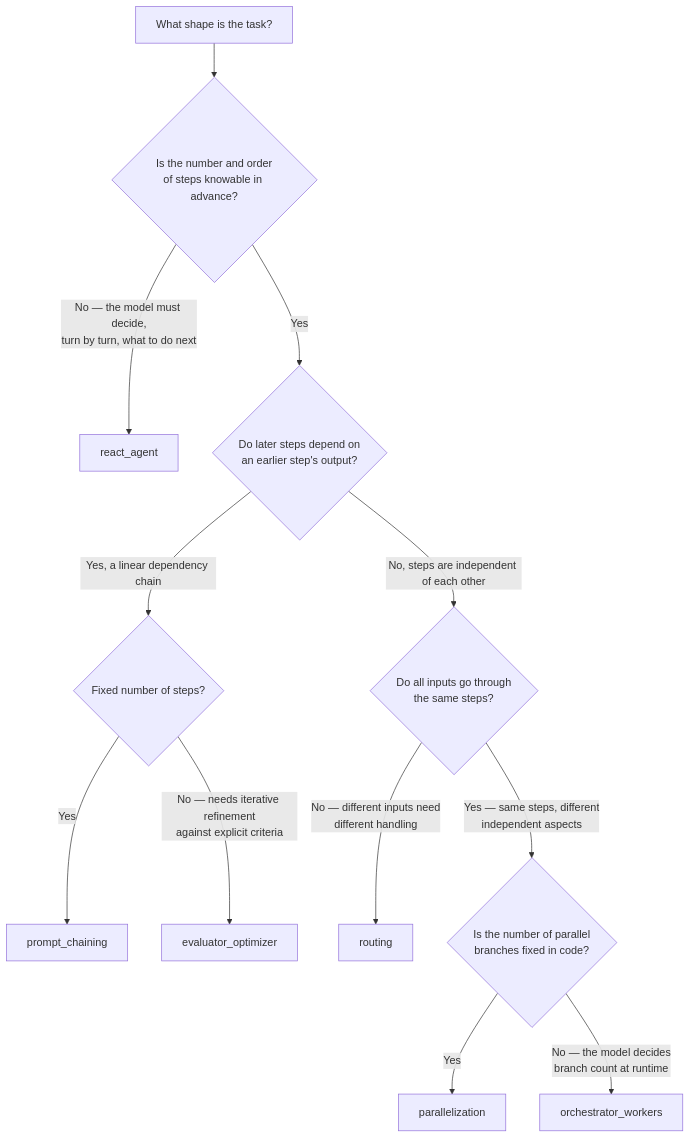
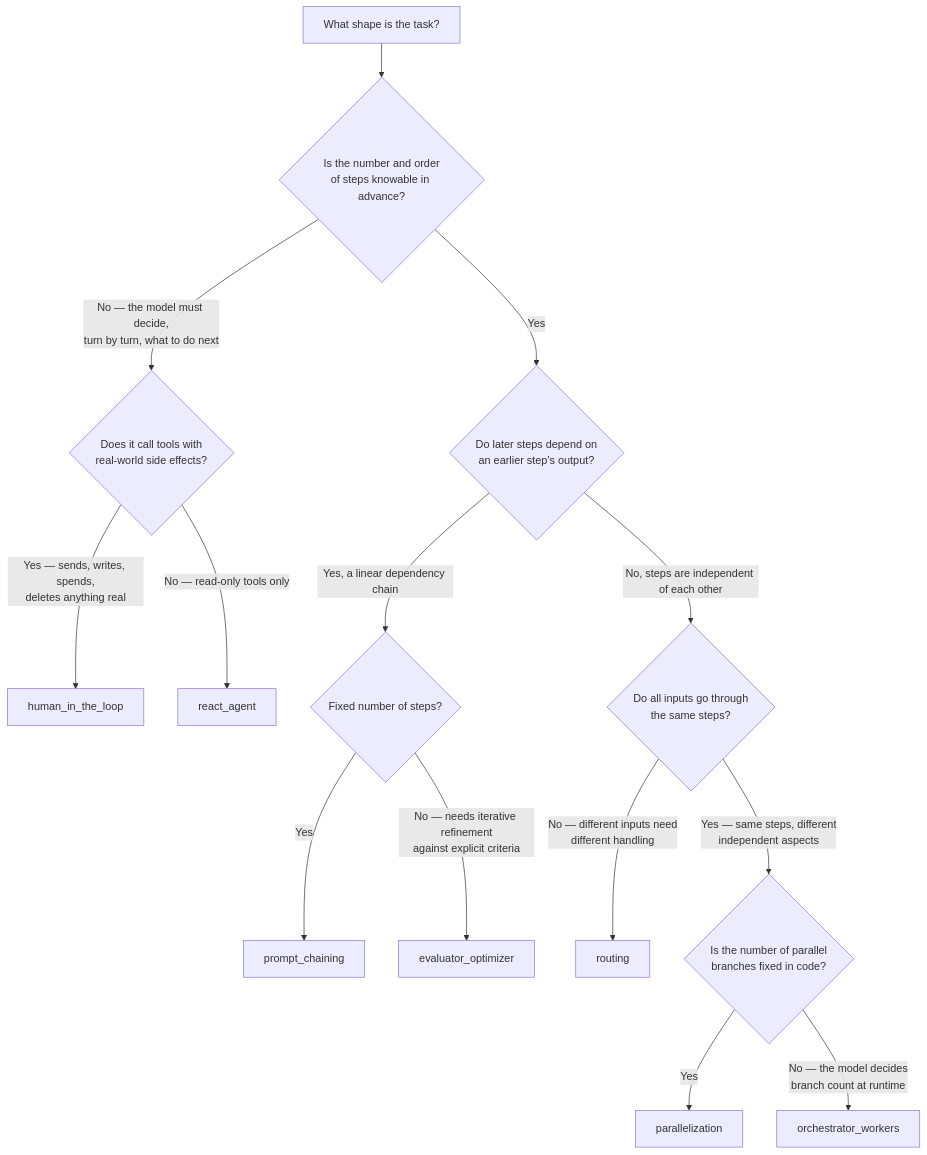
One commit to jithinkk/agentic-design-patterns changed the diagram in docs/architecture-overview.md. Above: the diagram before and after it, drawn with Mermaid. The commit also changed other lines of this file and 14 other files, not shown here.

````diff
--- a/docs/architecture-overview.md
+++ b/docs/architecture-overview.md
@@ -22,16 +26,18 @@
 ```mermaid
 flowchart TD
     A[What shape is the task?] --> B{Is the number and order\nof steps knowable in advance?}
-    B -->|No — the model must decide,\nturn by turn, what to do next| Agent[react_agent]
+    B -->|No — the model must decide,\nturn by turn, what to do next| G{Does it call tools with\nreal-world side effects?}
+    G -->|Yes — sends, writes, spends,\ndeletes anything real| HITL[human_in_the_loop]
+    G -->|No — read-only tools only| Agent[react_agent]
     B -->|Yes| C{Do later steps depend on\nan earlier step's output?}
 
     C -->|Yes, a linear dependency chain| D{Fixed number of steps?}
     D -->|Yes| PC[prompt_chaining]
     D -->|No — needs iterative refinement\nagainst explicit criteria| EO[evaluator_optimizer]
 
     C -->|No, steps are independent of each other| E{Do all inputs go through\nthe same steps?}
     E -->|No — different inputs need\ndifferent handling| RT[routing]
     E -->|Yes — same steps, different\nindependent aspects| F{Is the number of parallel\nbranches fixed in code?}
     F -->|Yes| PAR[parallelization]
     F -->|No — the model decides\nbranch count at runtime| OW[orchestrator_workers]
 ```
````
